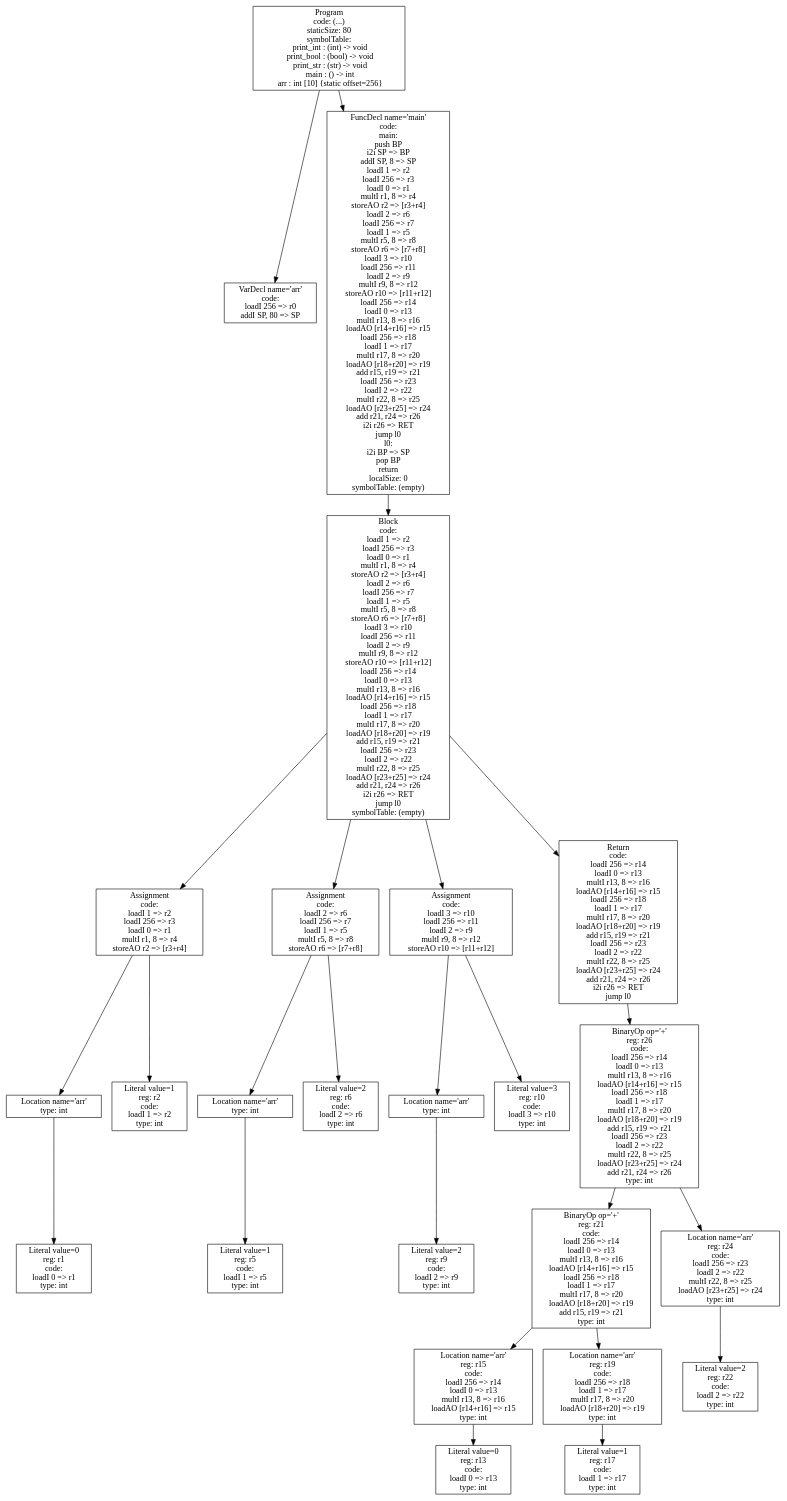
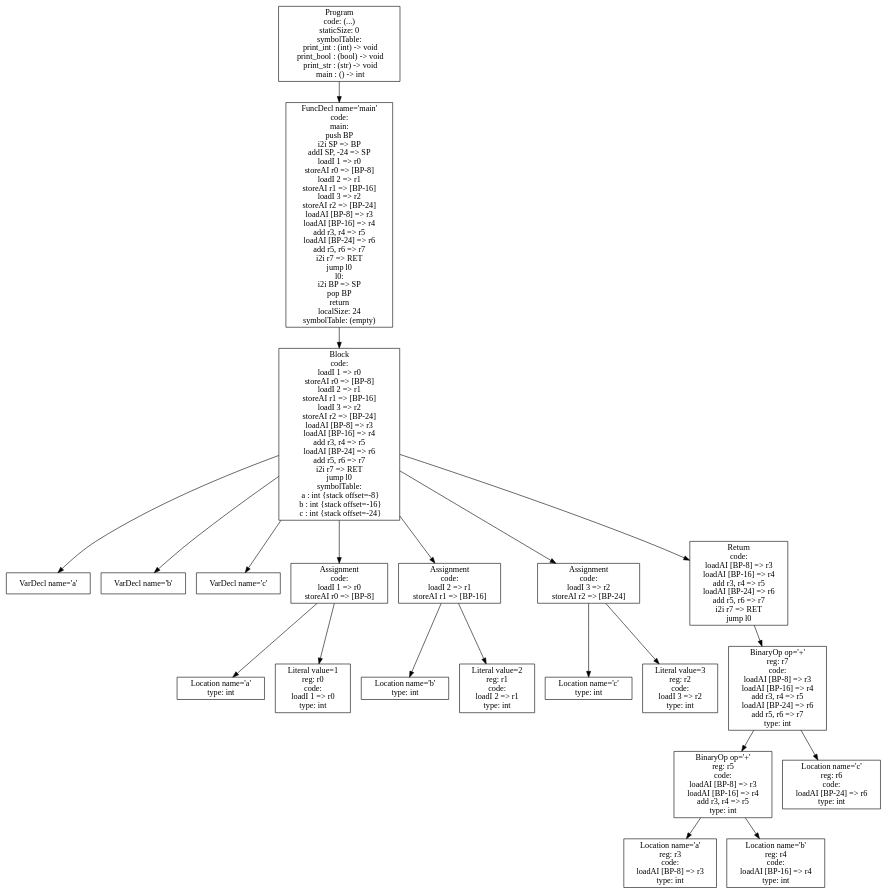
The diagram in p4-codegen/iloc-tree.dot (atrim11/CS432), drawn with Graphviz before and after one commit. The commit also changed 34 other files, not shown here.

```diff
--- a/p4-codegen/iloc-tree.dot
+++ b/p4-codegen/iloc-tree.dot
@@ -1,51 +1,43 @@
 digraph AST {
-1 [shape=box, label="VarDecl name='arr'\ncode: \nloadI 256 => r0\naddI SP, 80 => SP"];
-6 [shape=box, label="Literal value=0\nreg: r1\ncode: \nloadI 0 => r1\ntype: int"];
-5 [shape=box, label="Location name='arr'\ntype: int"];
-5 -> 6;
-7 [shape=box, label="Literal value=1\nreg: r2\ncode: \nloadI 1 => r2\ntype: int"];
-4 [shape=box, label="Assignment\ncode: \nloadI 1 => r2\nloadI 256 => r3\nloadI 0 => r1\nmultI r1, 8 => r4\nstoreAO r2 => [r3+r4]"];
-4 -> 5;
-4 -> 7;
-10 [shape=box, label="Literal value=1\nreg: r5\ncode: \nloadI 1 => r5\ntype: int"];
-9 [shape=box, label="Location name='arr'\ntype: int"];
+3 [shape=box, label="VarDecl name='a'"];
+4 [shape=box, label="VarDecl name='b'"];
+5 [shape=box, label="VarDecl name='c'"];
+7 [shape=box, label="Location name='a'\ntype: int"];
+8 [shape=box, label="Literal value=1\nreg: r0\ncode: \nloadI 1 => r0\ntype: int"];
+6 [shape=box, label="Assignment\ncode: \nloadI 1 => r0\nstoreAI r0 => [BP-8]"];
+6 -> 7;
+6 -> 8;
+10 [shape=box, label="Location name='b'\ntype: int"];
+11 [shape=box, label="Literal value=2\nreg: r1\ncode: \nloadI 2 => r1\ntype: int"];
+9 [shape=box, label="Assignment\ncode: \nloadI 2 => r1\nstoreAI r1 => [BP-16]"];
 9 -> 10;
-11 [shape=box, label="Literal value=2\nreg: r6\ncode: \nloadI 2 => r6\ntype: int"];
-8 [shape=box, label="Assignment\ncode: \nloadI 2 => r6\nloadI 256 => r7\nloadI 1 => r5\nmultI r5, 8 => r8\nstoreAO r6 => [r7+r8]"];
-8 -> 9;
-8 -> 11;
-14 [shape=box, label="Literal value=2\nreg: r9\ncode: \nloadI 2 => r9\ntype: int"];
-13 [shape=box, label="Location name='arr'\ntype: int"];
-13 -> 14;
-15 [shape=box, label="Literal value=3\nreg: r10\ncode: \nloadI 3 => r10\ntype: int"];
-12 [shape=box, label="Assignment\ncode: \nloadI 3 => r10\nloadI 256 => r11\nloadI 2 => r9\nmultI r9, 8 => r12\nstoreAO r10 => [r11+r12]"];
+9 -> 11;
+13 [shape=box, label="Location name='c'\ntype: int"];
+14 [shape=box, label="Literal value=3\nreg: r2\ncode: \nloadI 3 => r2\ntype: int"];
+12 [shape=box, label="Assignment\ncode: \nloadI 3 => r2\nstoreAI r2 => [BP-24]"];
 12 -> 13;
-12 -> 15;
-20 [shape=box, label="Literal value=0\nreg: r13\ncode: \nloadI 0 => r13\ntype: int"];
-19 [shape=box, label="Location name='arr'\nreg: r15\ncode: \nloadI 256 => r14\nloadI 0 => r13\nmultI r13, 8 => r16\nloadAO [r14+r16] => r15\ntype: int"];
-19 -> 20;
-22 [shape=box, label="Literal value=1\nreg: r17\ncode: \nloadI 1 => r17\ntype: int"];
-21 [shape=box, label="Location name='arr'\nreg: r19\ncode: \nloadI 256 => r18\nloadI 1 => r17\nmultI r17, 8 => r20\nloadAO [r18+r20] => r19\ntype: int"];
-21 -> 22;
-18 [shape=box, label="BinaryOp op='+'\nreg: r21\ncode: \nloadI 256 => r14\nloadI 0 => r13\nmultI r13, 8 => r16\nloadAO [r14+r16] => r15\nloadI 256 => r18\nloadI 1 => r17\nmultI r17, 8 => r20\nloadAO [r18+r20] => r19\nadd r15, r19 => r21\ntype: int"];
-18 -> 19;
-18 -> 21;
-24 [shape=box, label="Literal value=2\nreg: r22\ncode: \nloadI 2 => r22\ntype: int"];
-23 [shape=box, label="Location name='arr'\nreg: r24\ncode: \nloadI 256 => r23\nloadI 2 => r22\nmultI r22, 8 => r25\nloadAO [r23+r25] => r24\ntype: int"];
-23 -> 24;
-17 [shape=box, label="BinaryOp op='+'\nreg: r26\ncode: \nloadI 256 => r14\nloadI 0 => r13\nmultI r13, 8 => r16\nloadAO [r14+r16] => r15\nloadI 256 => r18\nloadI 1 => r17\nmultI r17, 8 => r20\nloadAO [r18+r20] => r19\nadd r15, r19 => r21\nloadI 256 => r23\nloadI 2 => r22\nmultI r22, 8 => r25\nloadAO [r23+r25] => r24\nadd r21, r24 => r26\ntype: int"];
+12 -> 14;
+18 [shape=box, label="Location name='a'\nreg: r3\ncode: \nloadAI [BP-8] => r3\ntype: int"];
+19 [shape=box, label="Location name='b'\nreg: r4\ncode: \nloadAI [BP-16] => r4\ntype: int"];
+17 [shape=box, label="BinaryOp op='+'\nreg: r5\ncode: \nloadAI [BP-8] => r3\nloadAI [BP-16] => r4\nadd r3, r4 => r5\ntype: int"];
 17 -> 18;
-17 -> 23;
-16 [shape=box, label="Return\ncode: \nloadI 256 => r14\nloadI 0 => r13\nmultI r13, 8 => r16\nloadAO [r14+r16] => r15\nloadI 256 => r18\nloadI 1 => r17\nmultI r17, 8 => r20\nloadAO [r18+r20] => r19\nadd r15, r19 => r21\nloadI 256 => r23\nloadI 2 => r22\nmultI r22, 8 => r25\nloadAO [r23+r25] => r24\nadd r21, r24 => r26\ni2i r26 => RET\njump l0"];
+17 -> 19;
+20 [shape=box, label="Location name='c'\nreg: r6\ncode: \nloadAI [BP-24] => r6\ntype: int"];
+16 [shape=box, label="BinaryOp op='+'\nreg: r7\ncode: \nloadAI [BP-8] => r3\nloadAI [BP-16] => r4\nadd r3, r4 => r5\nloadAI [BP-24] => r6\nadd r5, r6 => r7\ntype: int"];
 16 -> 17;
-3 [shape=box, label="Block\ncode: \nloadI 1 => r2\nloadI 256 => r3\nloadI 0 => r1\nmultI r1, 8 => r4\nstoreAO r2 => [r3+r4]\nloadI 2 => r6\nloadI 256 => r7\nloadI 1 => r5\nmultI r5, 8 => r8\nstoreAO r6 => [r7+r8]\nloadI 3 => r10\nloadI 256 => r11\nloadI 2 => r9\nmultI r9, 8 => r12\nstoreAO r10 => [r11+r12]\nloadI 256 => r14\nloadI 0 => r13\nmultI r13, 8 => r16\nloadAO [r14+r16] => r15\nloadI 256 => r18\nloadI 1 => r17\nmultI r17, 8 => r20\nloadAO [r18+r20] => r19\nadd r15, r19 => r21\nloadI 256 => r23\nloadI 2 => r22\nmultI r22, 8 => r25\nloadAO [r23+r25] => r24\nadd r21, r24 => r26\ni2i r26 => RET\njump l0\nsymbolTable: (empty)"];
-3 -> 4;
-3 -> 8;
-3 -> 12;
-3 -> 16;
-2 [shape=box, label="FuncDecl name='main'\ncode: \nmain:\npush BP\ni2i SP => BP\naddI SP, 8 => SP\nloadI 1 => r2\nloadI 256 => r3\nloadI 0 => r1\nmultI r1, 8 => r4\nstoreAO r2 => [r3+r4]\nloadI 2 => r6\nloadI 256 => r7\nloadI 1 => r5\nmultI r5, 8 => r8\nstoreAO r6 => [r7+r8]\nloadI 3 => r10\nloadI 256 => r11\nloadI 2 => r9\nmultI r9, 8 => r12\nstoreAO r10 => [r11+r12]\nloadI 256 => r14\nloadI 0 => r13\nmultI r13, 8 => r16\nloadAO [r14+r16] => r15\nloadI 256 => r18\nloadI 1 => r17\nmultI r17, 8 => r20\nloadAO [r18+r20] => r19\nadd r15, r19 => r21\nloadI 256 => r23\nloadI 2 => r22\nmultI r22, 8 => r25\nloadAO [r23+r25] => r24\nadd r21, r24 => r26\ni2i r26 => RET\njump l0\nl0:\ni2i BP => SP\npop BP\nreturn\nlocalSize: 0\nsymbolTable: (empty)"];
+16 -> 20;
+15 [shape=box, label="Return\ncode: \nloadAI [BP-8] => r3\nloadAI [BP-16] => r4\nadd r3, r4 => r5\nloadAI [BP-24] => r6\nadd r5, r6 => r7\ni2i r7 => RET\njump l0"];
+15 -> 16;
+2 [shape=box, label="Block\ncode: \nloadI 1 => r0\nstoreAI r0 => [BP-8]\nloadI 2 => r1\nstoreAI r1 => [BP-16]\nloadI 3 => r2\nstoreAI r2 => [BP-24]\nloadAI [BP-8] => r3\nloadAI [BP-16] => r4\nadd r3, r4 => r5\nloadAI [BP-24] => r6\nadd r5, r6 => r7\ni2i r7 => RET\njump l0\nsymbolTable: \n  a : int {stack offset=-8}\n  b : int {stack offset=-16}\n  c : int {stack offset=-24}"];
 2 -> 3;
-0 [shape=box, label="Program\ncode: (...)\nstaticSize: 80\nsymbolTable: \n  print_int : (int) -> void\n  print_bool : (bool) -> void\n  print_str : (str) -> void\n  main : () -> int\n  arr : int [10] {static offset=256}"];
+2 -> 4;
+2 -> 5;
+2 -> 6;
+2 -> 9;
+2 -> 12;
+2 -> 15;
+1 [shape=box, label="FuncDecl name='main'\ncode: \nmain:\npush BP\ni2i SP => BP\naddI SP, -24 => SP\nloadI 1 => r0\nstoreAI r0 => [BP-8]\nloadI 2 => r1\nstoreAI r1 => [BP-16]\nloadI 3 => r2\nstoreAI r2 => [BP-24]\nloadAI [BP-8] => r3\nloadAI [BP-16] => r4\nadd r3, r4 => r5\nloadAI [BP-24] => r6\nadd r5, r6 => r7\ni2i r7 => RET\njump l0\nl0:\ni2i BP => SP\npop BP\nreturn\nlocalSize: 24\nsymbolTable: (empty)"];
+1 -> 2;
+0 [shape=box, label="Program\ncode: (...)\nstaticSize: 0\nsymbolTable: \n  print_int : (int) -> void\n  print_bool : (bool) -> void\n  print_str : (str) -> void\n  main : () -> int"];
 0 -> 1;
-0 -> 2;
 }
```
